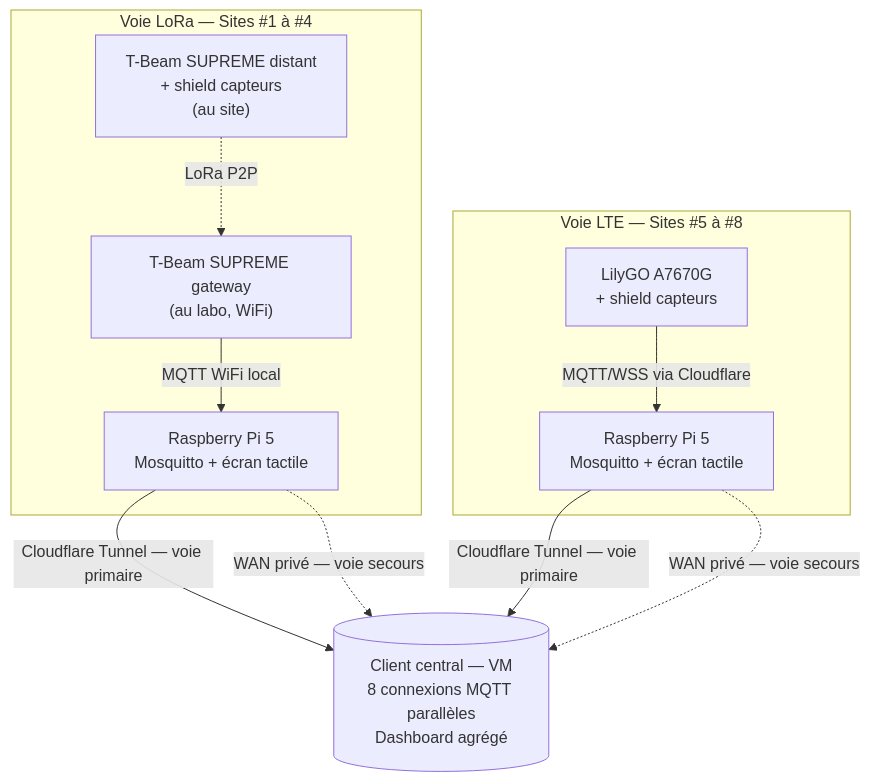
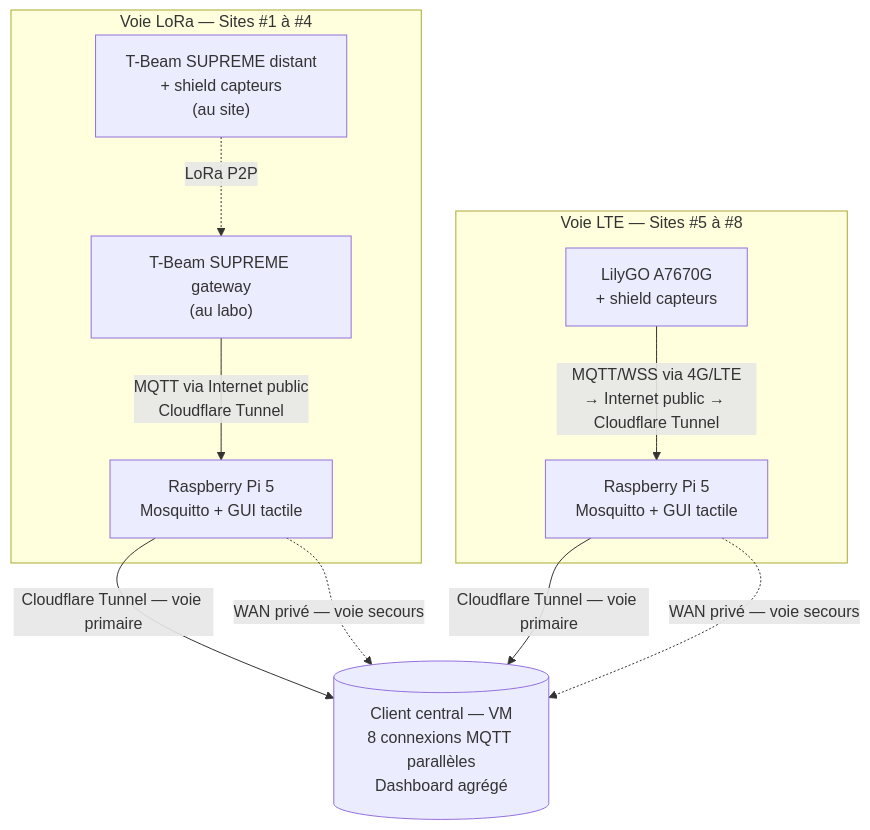
The diagram in evaluations/Evaluation-04/architecture-finale-projet.md (fpoisson2/243-4J5-LI), drawn with Mermaid before and after one commit. The commit also changed other lines of this file and 13 other files, not shown here.

````diff
--- a/evaluations/Evaluation-04/architecture-finale-projet.md
+++ b/evaluations/Evaluation-04/architecture-finale-projet.md
@@ -29,20 +29,21 @@
 ```mermaid
 graph TB
     subgraph Sites_LoRa["Voie LoRa — Sites #1 à #4"]
         TBd1["T-Beam SUPREME distant<br/>+ shield capteurs<br/>(au site)"]
-        TBg1["T-Beam SUPREME gateway<br/>(au labo, WiFi)"]
-        Pi1["Raspberry Pi 5<br/>Mosquitto + écran tactile"]
-        TBd1 -.LoRa P2P.-> TBg1 -->|MQTT WiFi local| Pi1
+        TBg1["T-Beam SUPREME gateway<br/>(au labo)"]
+        Pi1["Raspberry Pi 5<br/>Mosquitto + GUI tactile"]
+        TBd1 -.LoRa P2P.-> TBg1
+        TBg1 -->|MQTT via Internet public<br/>Cloudflare Tunnel| Pi1
     end
 
     subgraph Sites_LTE["Voie LTE — Sites #5 à #8"]
         A1["LilyGO A7670G<br/>+ shield capteurs"]
-        Pi2["Raspberry Pi 5<br/>Mosquitto + écran tactile"]
-        A1 -->|MQTT/WSS via Cloudflare| Pi2
+        Pi2["Raspberry Pi 5<br/>Mosquitto + GUI tactile"]
+        A1 -->|MQTT/WSS via 4G/LTE<br/>→ Internet public → Cloudflare Tunnel| Pi2
     end
 
     Pi1 -->|Cloudflare Tunnel — voie primaire| Client[("Client central — VM<br/>8 connexions MQTT parallèles<br/>Dashboard agrégé")]
     Pi1 -.WAN privé — voie secours.-> Client
     Pi2 -->|Cloudflare Tunnel — voie primaire| Client
     Pi2 -.WAN privé — voie secours.-> Client
 ```
````
